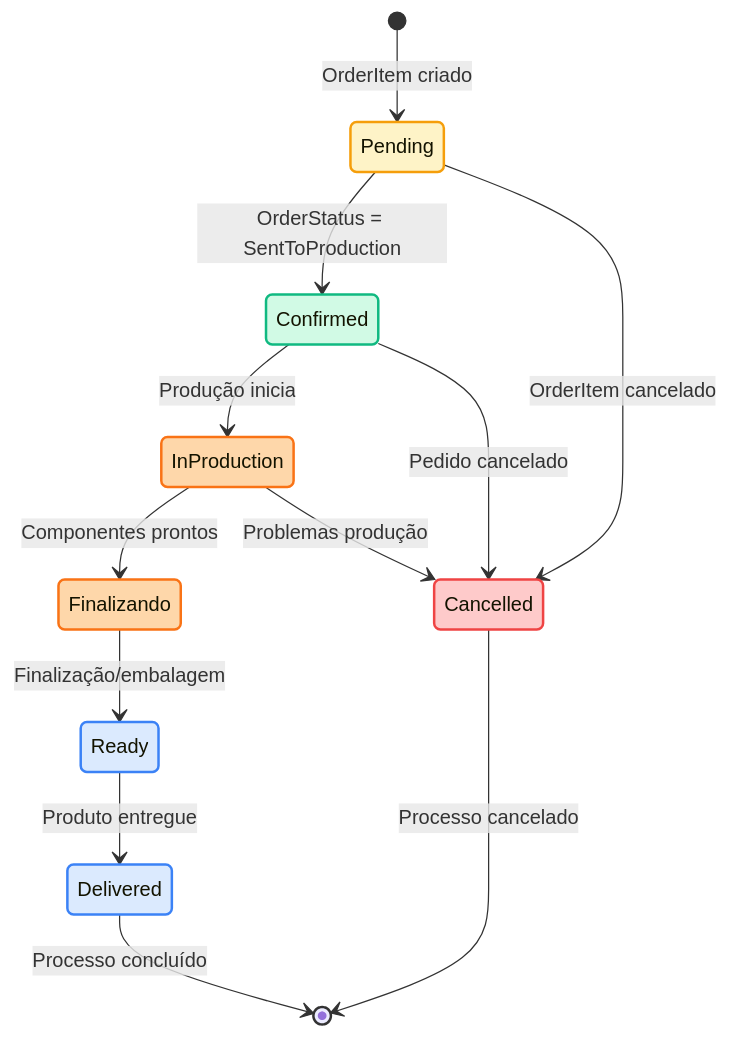
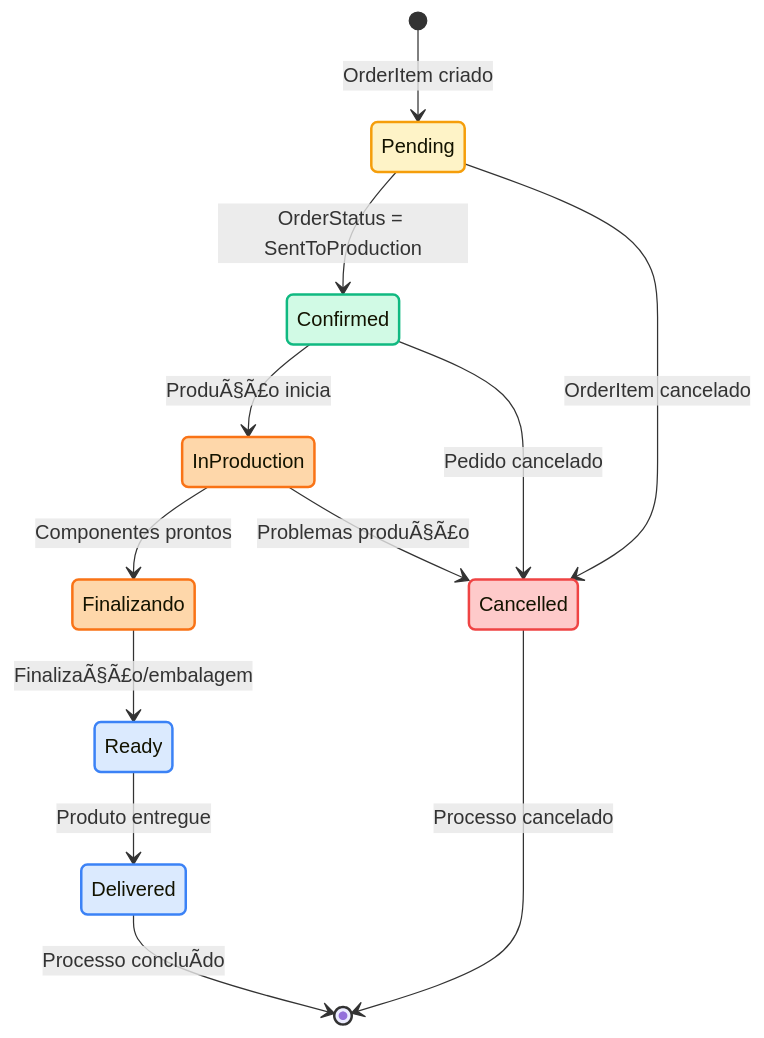
Before and after one commit to igor-spalenza/GesN: the sixth of 7 diagrams in GesN.Web/Context/DIAGRAMS/PROCESS-FLOWS/03-production-demand-flow.md, drawn with Mermaid. The commit also changed other lines of this file and 93 other files, not shown here.

````diff
--- a/GesN.Web/Context/DIAGRAMS/PROCESS-FLOWS/03-production-demand-flow.md
+++ b/GesN.Web/Context/DIAGRAMS/PROCESS-FLOWS/03-production-demand-flow.md
@@ -365,29 +365,29 @@
 ```mermaid
 stateDiagram-v2
     [*] --> Pending : OrderItem criado
     Pending --> Confirmed : OrderStatus = SentToProduction
-    Confirmed --> InProduction : Produção inicia
+    Confirmed --> InProduction : ProduÃ§Ã£o inicia
     InProduction --> Finalizando : Componentes prontos
-    Finalizando --> Ready : Finalização/embalagem
+    Finalizando --> Ready : FinalizaÃ§Ã£o/embalagem
     Ready --> Delivered : Produto entregue
     
     Pending --> Cancelled : OrderItem cancelado
     Confirmed --> Cancelled : Pedido cancelado
-    InProduction --> Cancelled : Problemas produção
+    InProduction --> Cancelled : Problemas produÃ§Ã£o
     
-    Delivered --> [*] : Processo concluído
+    Delivered --> [*] : Processo concluÃ­do
     Cancelled --> [*] : Processo cancelado
     
     %% Styling
     classDef pending fill:#fef3c7,stroke:#f59e0b,stroke-width:2px
     classDef confirmed fill:#d1fae5,stroke:#10b981,stroke-width:2px
     classDef production fill:#fed7aa,stroke:#f97316,stroke-width:2px
     classDef ready fill:#dbeafe,stroke:#3b82f6,stroke-width:2px
     classDef cancelled fill:#fecaca,stroke:#ef4444,stroke-width:2px
     
     class Pending pending
     class Confirmed confirmed
     class InProduction,Finalizando production
     class Ready,Delivered ready
     class Cancelled cancelled
 ```
````
